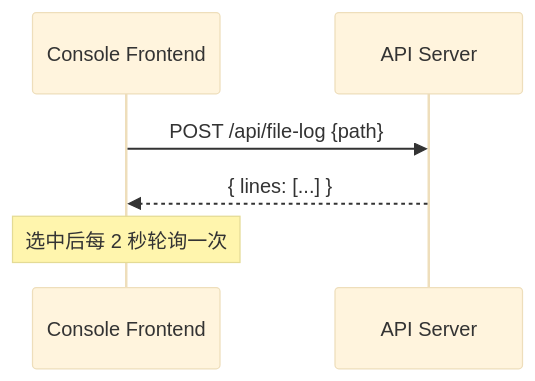
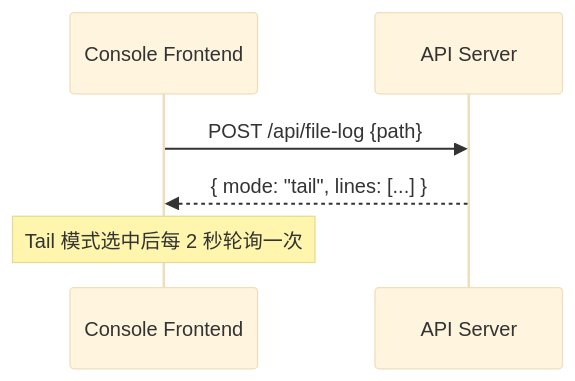
Before and after one commit to VioletEvergardenZz/GoWatchFile: the fourth of 6 diagrams in docs/frontend-backend-linkage.md, drawn with Mermaid (base theme). The commit also changed other lines of this file and 12 other files, not shown here.

Commit message:
docs: 同步系统资源面板与 file-log 检索文档     - README/dev-guide/联动文档补充 systemResourceEnabled 与轻量刷新     - 增加 docker compose 启动说明     - config.yaml/README 示例补充 system_resource_enabled     - FAQ/流程图/状态结构与 roadmap 同步现状

````diff
--- a/docs/frontend-backend-linkage.md
+++ b/docs/frontend-backend-linkage.md
@@ -93,9 +94,9 @@
 ```mermaid
 sequenceDiagram
   participant UI as Console Frontend
   participant API as API Server
 
   UI->>API: POST /api/file-log {path}
-  API-->>UI: { lines: [...] }
-  Note over UI: 选中后每 2 秒轮询一次
+  API-->>UI: { mode: "tail", lines: [...] }
+  Note over UI: Tail 模式选中后每 2 秒轮询一次
 ```
````
